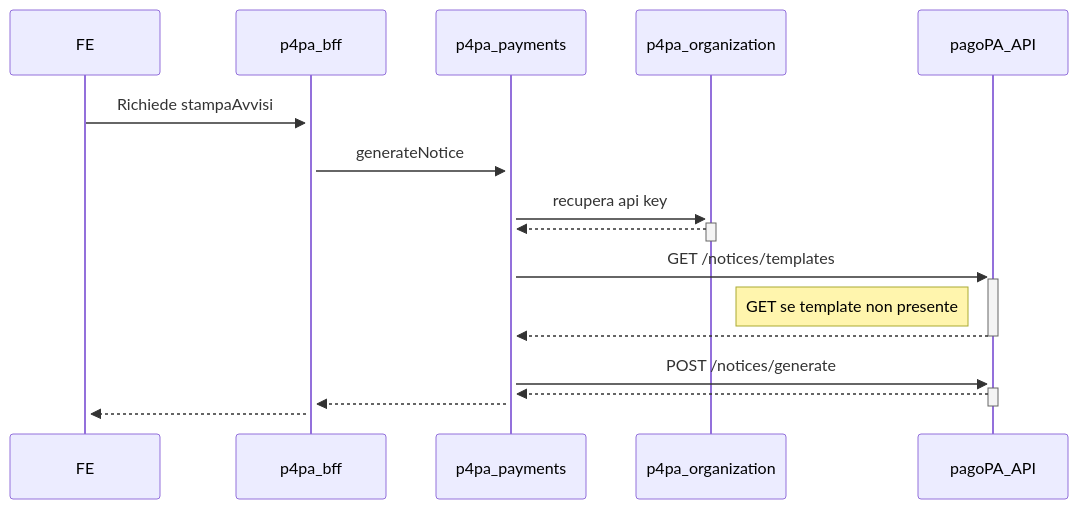
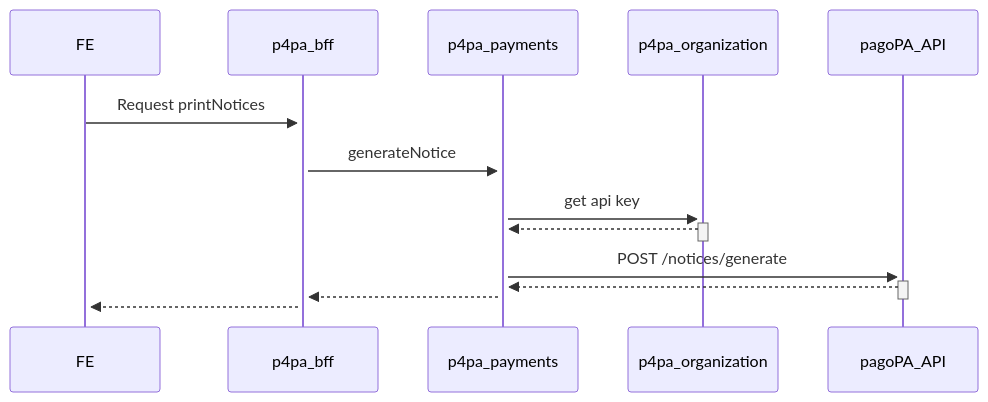
The diagram in design/stampa-avvisi/sequence_stampaAvvisiSingolo.mmd (pagopa/p4pa-doc), drawn with Mermaid before and after one commit. The commit also changed 1 other file, not shown here.

```diff
--- a/design/stampa-avvisi/sequence_stampaAvvisiSingolo.mmd
+++ b/design/stampa-avvisi/sequence_stampaAvvisiSingolo.mmd
@@ -1,18 +1,15 @@
 sequenceDiagram
     participant FE
     participant p4pa_bff
     participant p4pa_payments
     participant p4pa_organization
     participant pagoPA_API
 
-     FE ->>+ p4pa_bff: Richiede stampaAvvisi
+     FE ->>+ p4pa_bff: Request printNotices
         p4pa_bff ->>+ p4pa_payments: generateNotice
-            p4pa_payments ->>+ p4pa_organization: recupera api key
+            p4pa_payments ->>+ p4pa_organization: get api key
             p4pa_organization -->>- p4pa_payments: #
-            p4pa_payments ->>+ pagoPA_API: GET /notices/templates
-                note left of pagoPA_API: GET se template non presente
-                pagoPA_API -->>- p4pa_payments: #
-                p4pa_payments ->>+ pagoPA_API: POST /notices/generate
+            p4pa_payments ->>+ pagoPA_API: POST /notices/generate
             pagoPA_API -->>- p4pa_payments: #
         p4pa_payments -->>+ p4pa_bff: #
      p4pa_bff -->>+ FE: #
```
